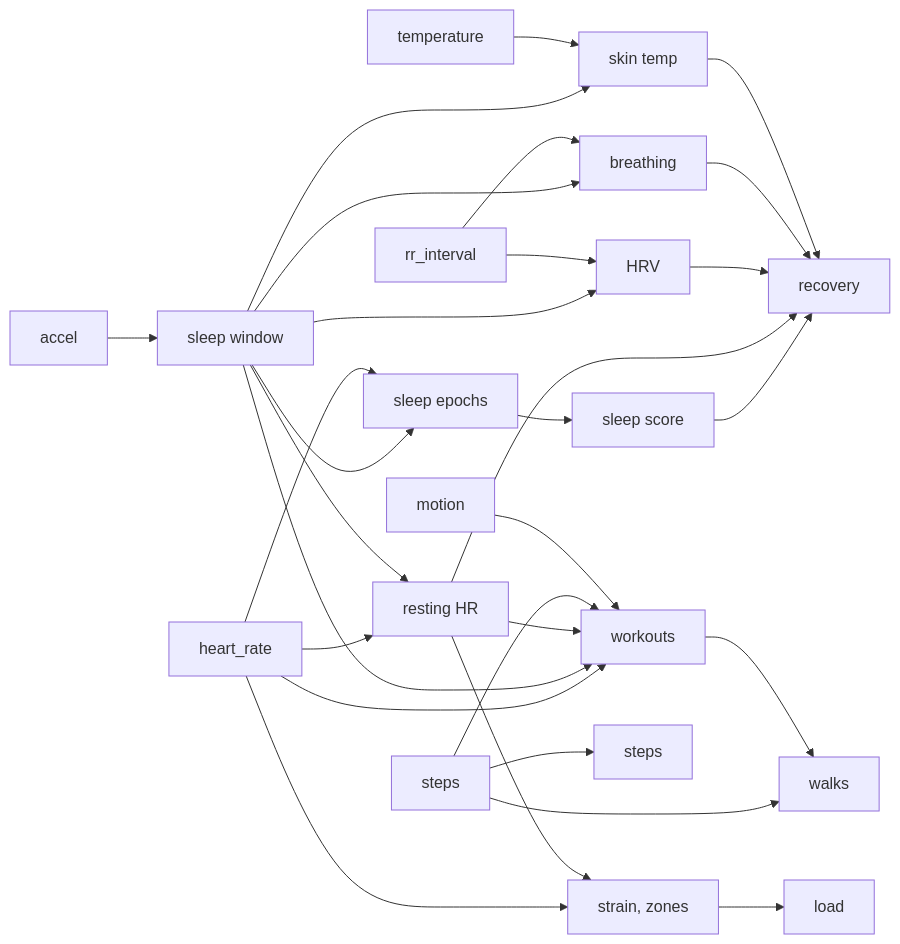
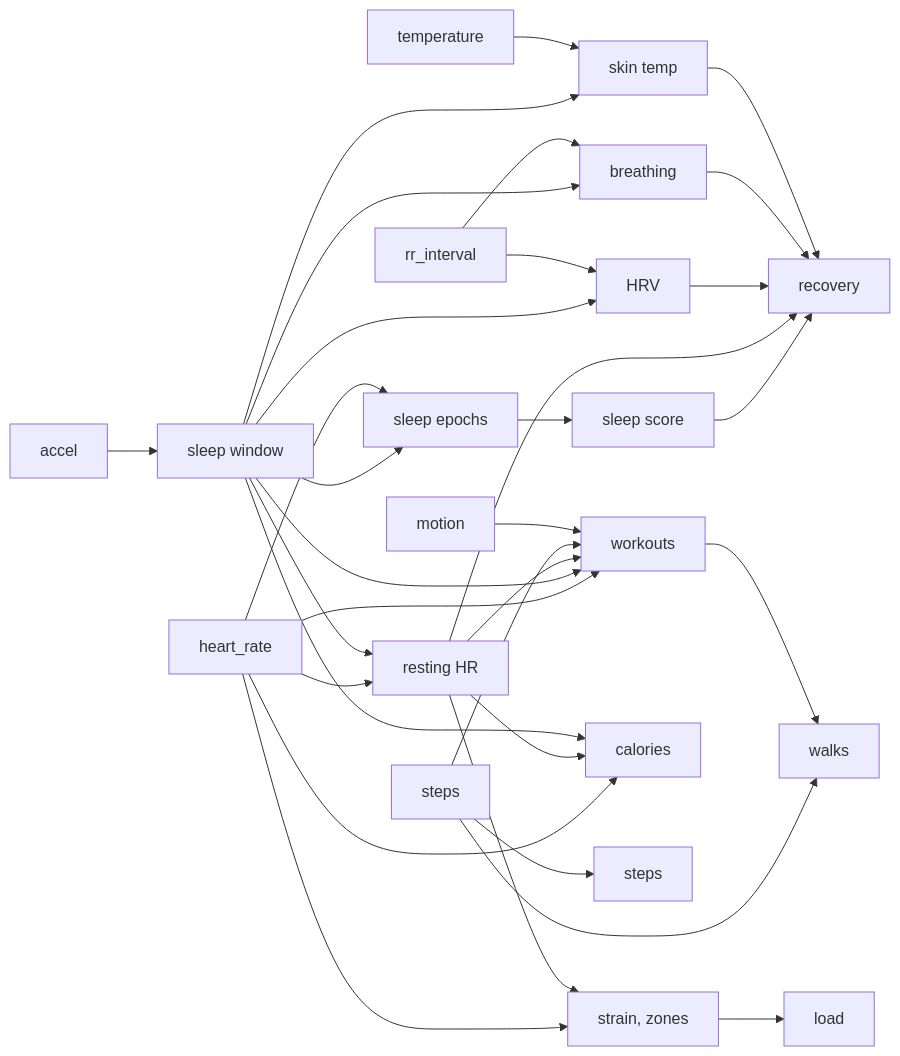
Before and after one commit to pkrshnan/dashboardify: the diagram in docs/health-metrics.md, drawn with Mermaid. The commit also changed other lines of this file and 10 other files, not shown here.

````diff
--- a/docs/health-metrics.md
+++ b/docs/health-metrics.md
@@ -8,14 +8,15 @@
 ```mermaid
 flowchart LR
   A[accel] --> S[sleep window] --> E[sleep epochs] --> SS[sleep score] --> REC[recovery]
   HR[heart_rate] --> E & R[resting HR] & ST[strain, zones] & W[workouts]
   S --> R & H[HRV] & B[breathing] & T[skin temp] & W
   RR[rr_interval] --> H & B
   TMP[temperature] --> T
   R & H & B & T --> REC
   R --> ST & W
   ST --> L[load]
+  HR & R & S --> CAL[calories]
   STP[steps] --> STEPS[steps] & W & WK[walks]
   MOT[motion] --> W
   W --> WK
 ```
````
